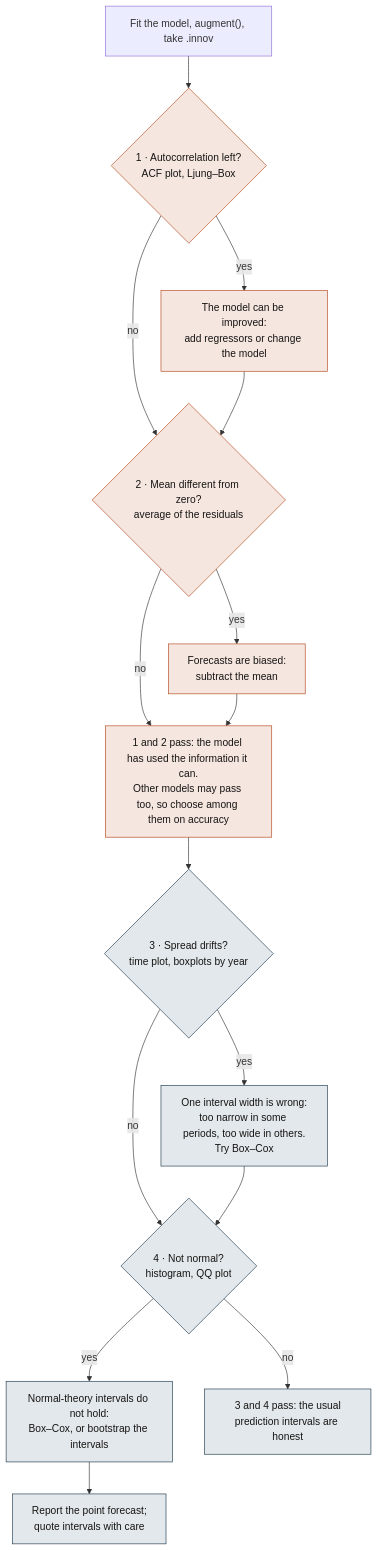
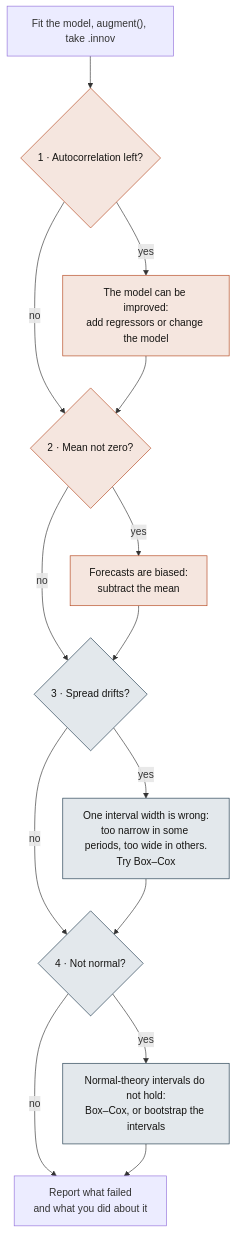
The diagram in sessions/09-residual-diagnostics/09_A_ResidualsDiagnostics_Summary.md (MateAntal/time_series), drawn with Mermaid before and after one commit. The commit also changed other lines of this file, not shown here.

Commit message:
docs: fix math rendering and decision flow in the session 09 summary

````diff
--- a/sessions/09-residual-diagnostics/09_A_ResidualsDiagnostics_Summary.md
+++ b/sessions/09-residual-diagnostics/09_A_ResidualsDiagnostics_Summary.md
@@ -55,22 +56,21 @@
 ```mermaid
 flowchart TD
-    S["Fit the model, augment(), take .innov"] --> P1{"1 · Autocorrelation left?<br/>ACF plot, Ljung–Box"}
+    S["Fit the model, augment(), take .innov"] --> P1{"1 · Autocorrelation left?"}
     P1 -- yes --> F1["The model can be improved:<br/>add regressors or change the model"]
-    P1 -- no --> P2{"2 · Mean different from zero?<br/>average of the residuals"}
+    P1 -- no --> P2{"2 · Mean not zero?"}
     F1 --> P2
     P2 -- yes --> F2["Forecasts are biased:<br/>subtract the mean"]
-    P2 -- no --> M["1 and 2 pass: the model has used the information it can.<br/>Other models may pass too, so choose among them on accuracy"]
-    F2 --> M
-    M --> P3{"3 · Spread drifts?<br/>time plot, boxplots by year"}
+    P2 -- no --> P3{"3 · Spread drifts?"}
+    F2 --> P3
     P3 -- yes --> F3["One interval width is wrong:<br/>too narrow in some periods, too wide in others.<br/>Try Box–Cox"]
-    P3 -- no --> P4{"4 · Not normal?<br/>histogram, QQ plot"}
+    P3 -- no --> P4{"4 · Not normal?"}
     F3 --> P4
     P4 -- yes --> F4["Normal-theory intervals do not hold:<br/>Box–Cox, or bootstrap the intervals"]
-    P4 -- no --> I["3 and 4 pass: the usual<br/>prediction intervals are honest"]
-    F4 --> I2["Report the point forecast;<br/>quote intervals with care"]
+    P4 -- no --> E["Report what failed<br/>and what you did about it"]
+    F4 --> E
 
     classDef model fill:#F5E6DF,stroke:#B5471E,color:#161513
     classDef interval fill:#E3E8EC,stroke:#1F3A4D,color:#161513
-    class P1,P2,F1,F2,M model
-    class P3,P4,F3,F4,I,I2 interval
+    class P1,P2,F1,F2 model
+    class P3,P4,F3,F4 interval
 ```
````
